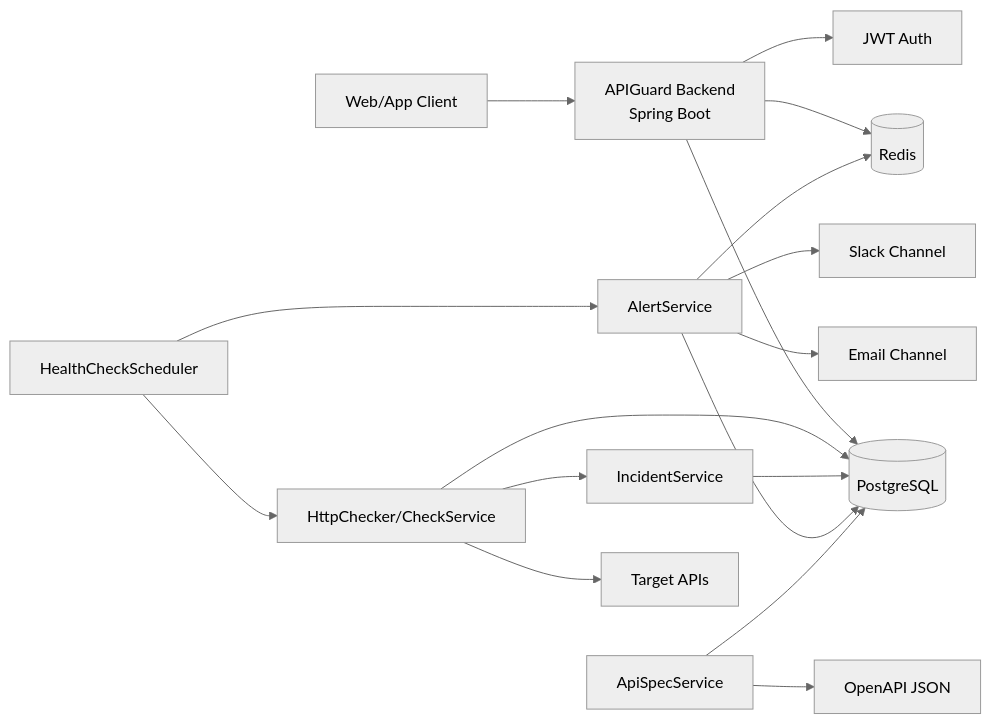
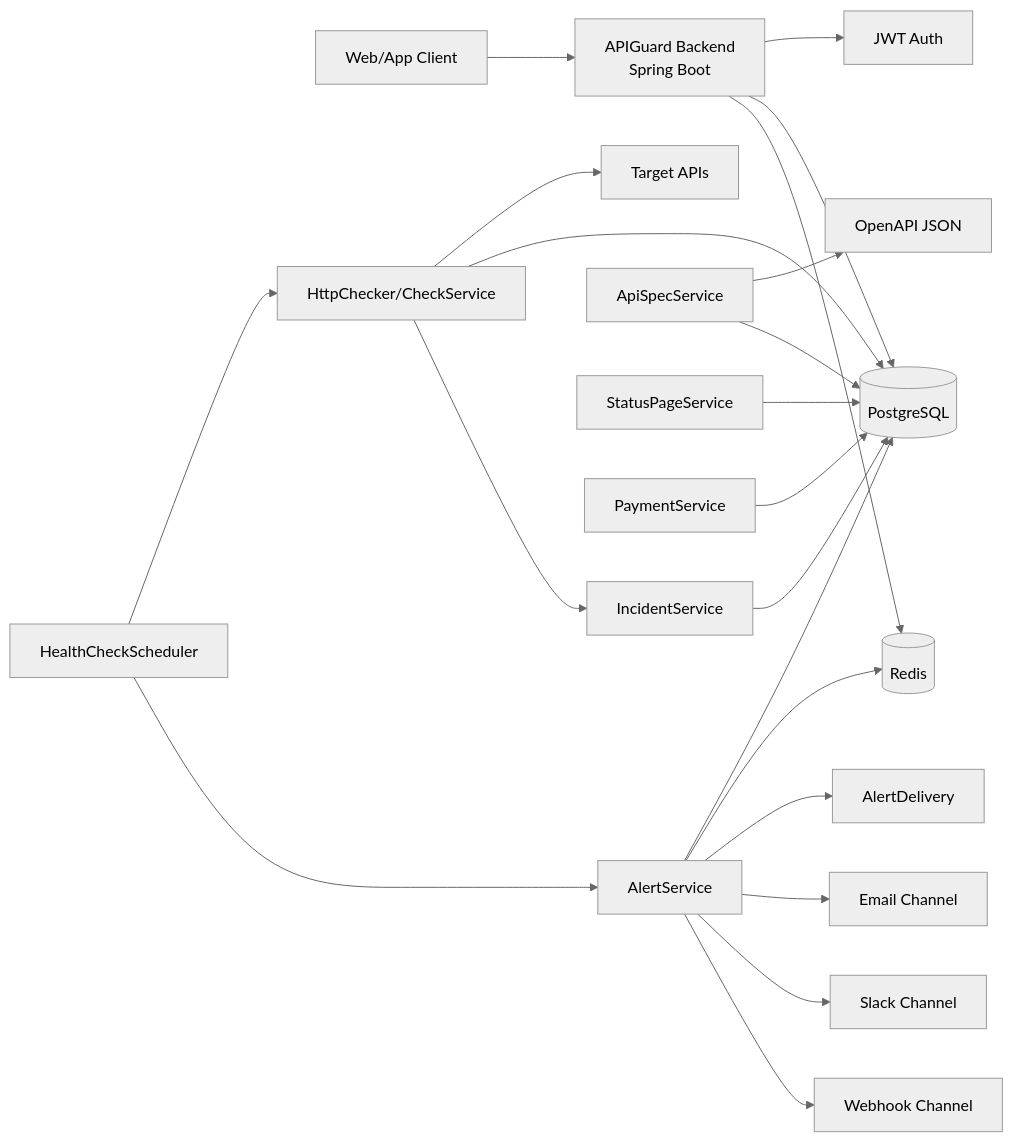
Before and after one commit to ksyee/apiguard-backend: the first of 2 diagrams in README.md, drawn with Mermaid (neutral theme). The commit also changed other lines of this file and 59 other files, not shown here.

````diff
--- a/README.md
+++ b/README.md
@@ -93,34 +98,42 @@
 ```mermaid
 flowchart LR
     Client[Web/App Client]
     API[APIGuard Backend\nSpring Boot]
     Auth[JWT Auth]
     Scheduler[HealthCheckScheduler]
     Checker[HttpChecker/CheckService]
     Alert[AlertService]
+    Delivery[AlertDelivery]
     Incident[IncidentService]
     Spec[ApiSpecService]
+    StatusPage[StatusPageService]
+    Payment[PaymentService]
     PG[(PostgreSQL)]
     Redis[(Redis)]
     ExtAPI[Target APIs]
     OpenAPI[OpenAPI JSON]
     Email[Email Channel]
     Slack[Slack Channel]
+    Webhook[Webhook Channel]
 
     Client --> API
     API --> Auth
     API --> PG
     API --> Redis
     Scheduler --> Checker
     Checker --> ExtAPI
     Checker --> PG
     Checker --> Incident
     Incident --> PG
     Scheduler --> Alert
     Alert --> PG
     Alert --> Redis
+    Alert --> Delivery
     Alert --> Email
     Alert --> Slack
+    Alert --> Webhook
     Spec --> OpenAPI
     Spec --> PG
+    StatusPage --> PG
+    Payment --> PG
 ```
````
